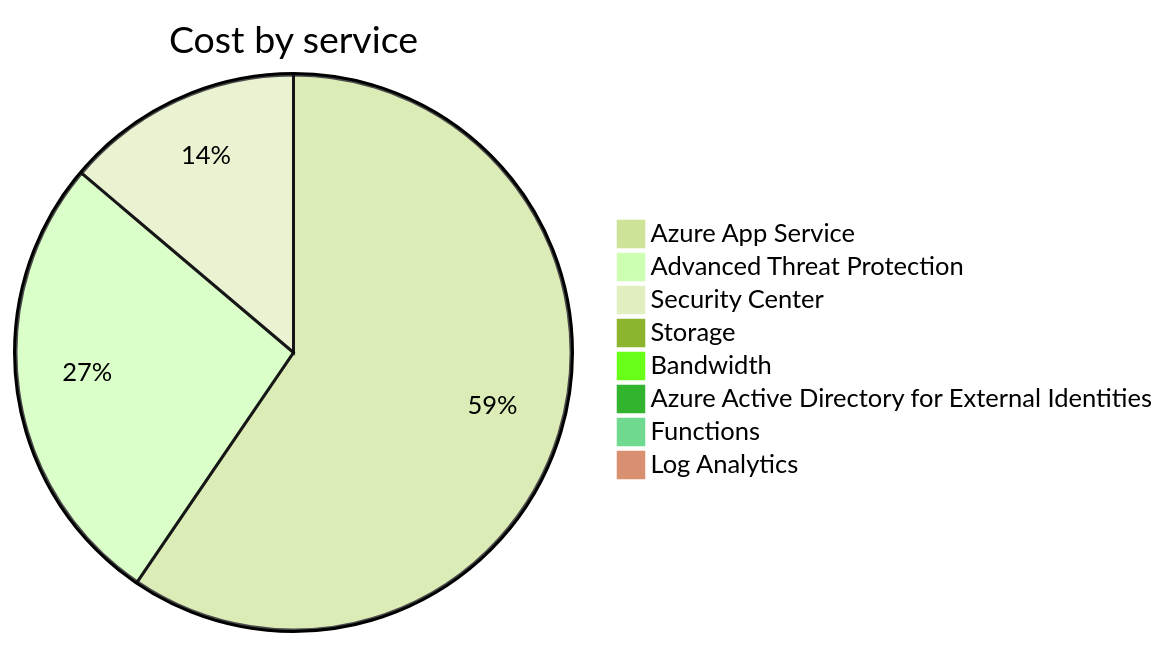
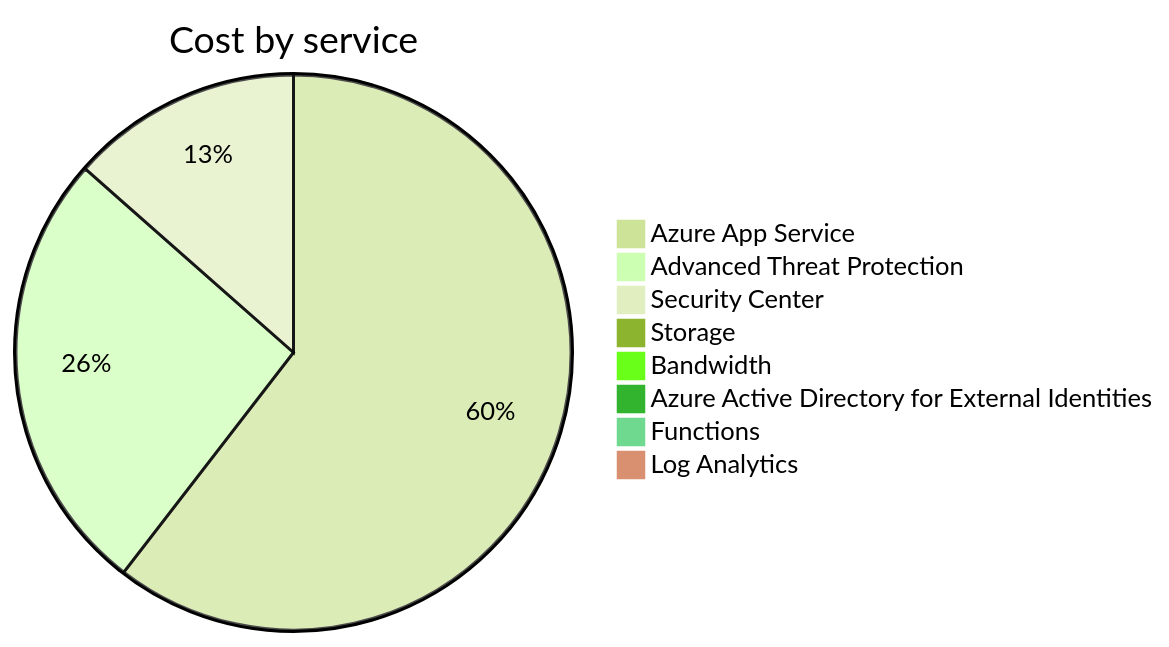
The second of 4 diagrams in cost-reports/personal-site/README.md (jpfulton/azure-personal-reports), drawn with Mermaid (forest theme) before and after one commit. The commit also changed other lines of this file and 7 other files, not shown here.

````diff
--- a/cost-reports/personal-site/README.md
+++ b/cost-reports/personal-site/README.md
@@ -100,12 +100,12 @@
 ```mermaid
 pie
    title Cost by service
-   "Azure App Service" : 15.85
+   "Azure App Service" : 16.49
    "Advanced Threat Protection" : 7.10
    "Security Center" : 3.68
    "Storage" : 0.09
    "Bandwidth" : 0.00
    "Azure Active Directory for External Identities" : 0.00
    "Functions" : 0.00
    "Log Analytics" : 0.00
 ```
````
